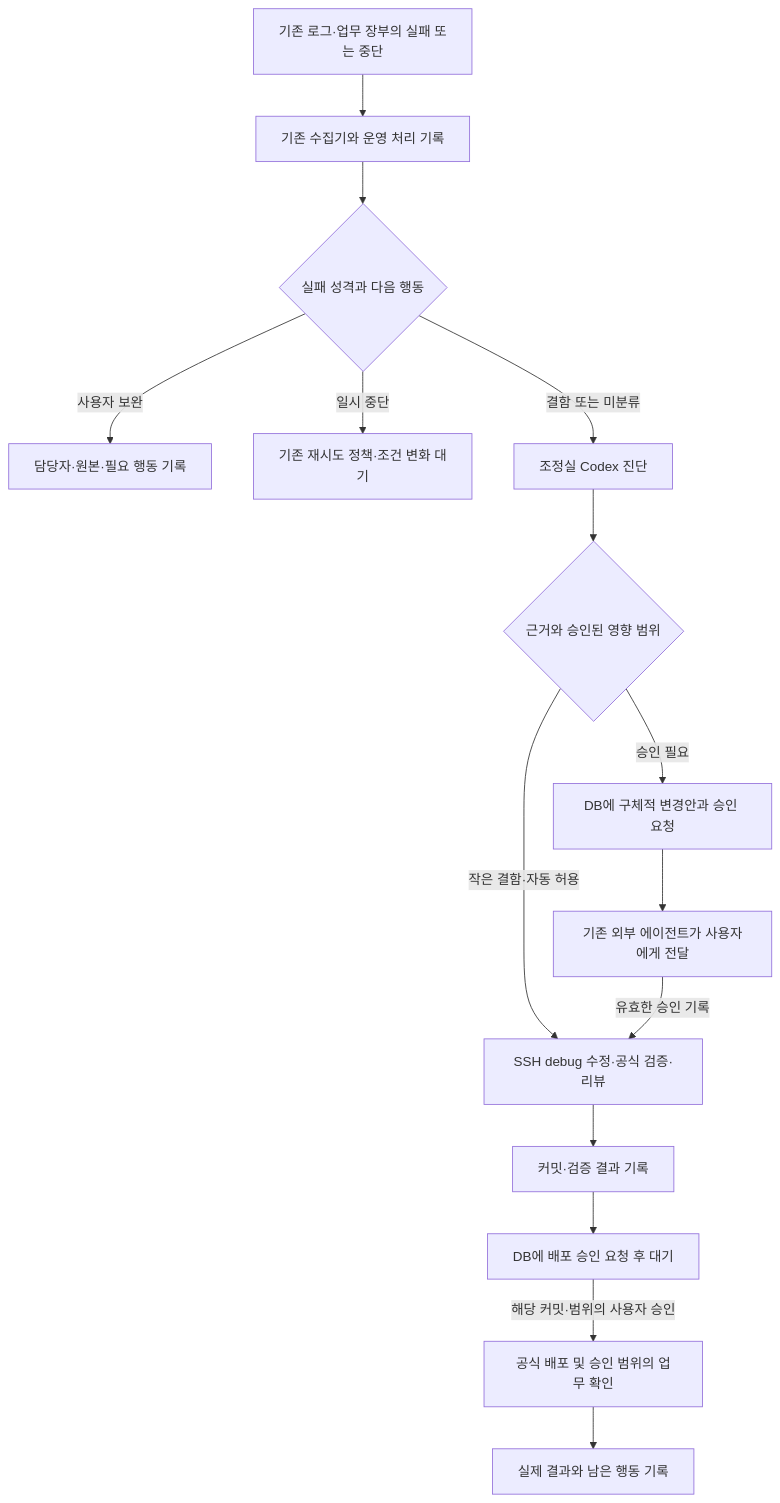
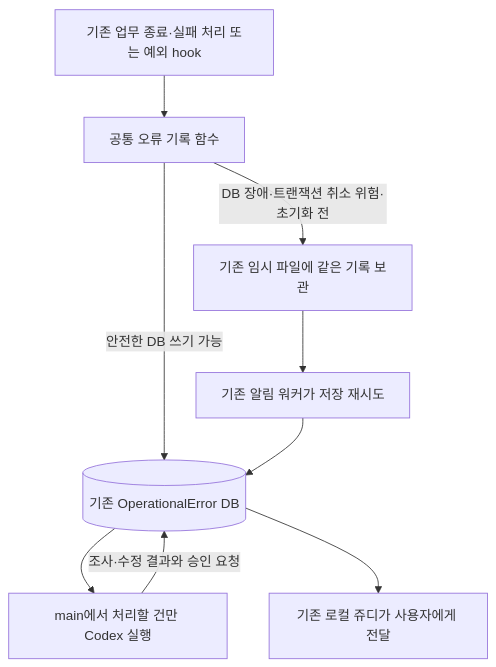
The diagram in exdigm/docs/operational-error-triage-repair-policy-20260918.md (chaconne67/controlroom), drawn with Mermaid before and after one commit. The commit also changed other lines of this file and 2 other files, not shown here.

Commit message:
docs: simplify Exdigm error recording and repair plan

````diff
--- a/exdigm/docs/operational-error-triage-repair-policy-20260918.md
+++ b/exdigm/docs/operational-error-triage-repair-policy-20260918.md
@@ -203,17 +30,11 @@
 ```mermaid
 flowchart TD
-    A[기존 로그·업무 장부의 실패 또는 중단] --> B[기존 수집기와 운영 처리 기록]
-    B --> C{실패 성격과 다음 행동}
-    C -->|사용자 보완| D[담당자·원본·필요 행동 기록]
-    C -->|일시 중단| E[기존 재시도 정책·조건 변화 대기]
-    C -->|결함 또는 미분류| F[조정실 Codex 진단]
-    F --> G{근거와 승인된 영향 범위}
-    G -->|작은 결함·자동 허용| H[SSH debug 수정·공식 검증·리뷰]
-    G -->|승인 필요| I[DB에 구체적 변경안과 승인 요청]
-    I --> J[기존 외부 에이전트가 사용자에게 전달]
-    J -->|유효한 승인 기록| H
-    H --> K[커밋·검증 결과 기록]
-    K --> L[DB에 배포 승인 요청 후 대기]
-    L -->|해당 커밋·범위의 사용자 승인| M[공식 배포 및 승인 범위의 업무 확인]
-    M --> N[실제 결과와 남은 행동 기록]
+    A[기존 업무 종료·실패 처리 또는 예외 hook] --> B[공통 오류 기록 함수]
+    B -->|안전한 DB 쓰기 가능| D[(기존 OperationalError DB)]
+    B -->|DB 장애·트랜잭션 취소 위험·초기화 전| C[기존 임시 파일에 같은 기록 보관]
+    C --> E[기존 알림 워커가 저장 재시도]
+    E --> D
+    D --> F[main에서 처리할 건만 Codex 실행]
+    F -->|조사·수정 결과와 승인 요청| D
+    D --> G[기존 로컬 쥬디가 사용자에게 전달]
 ```
````
